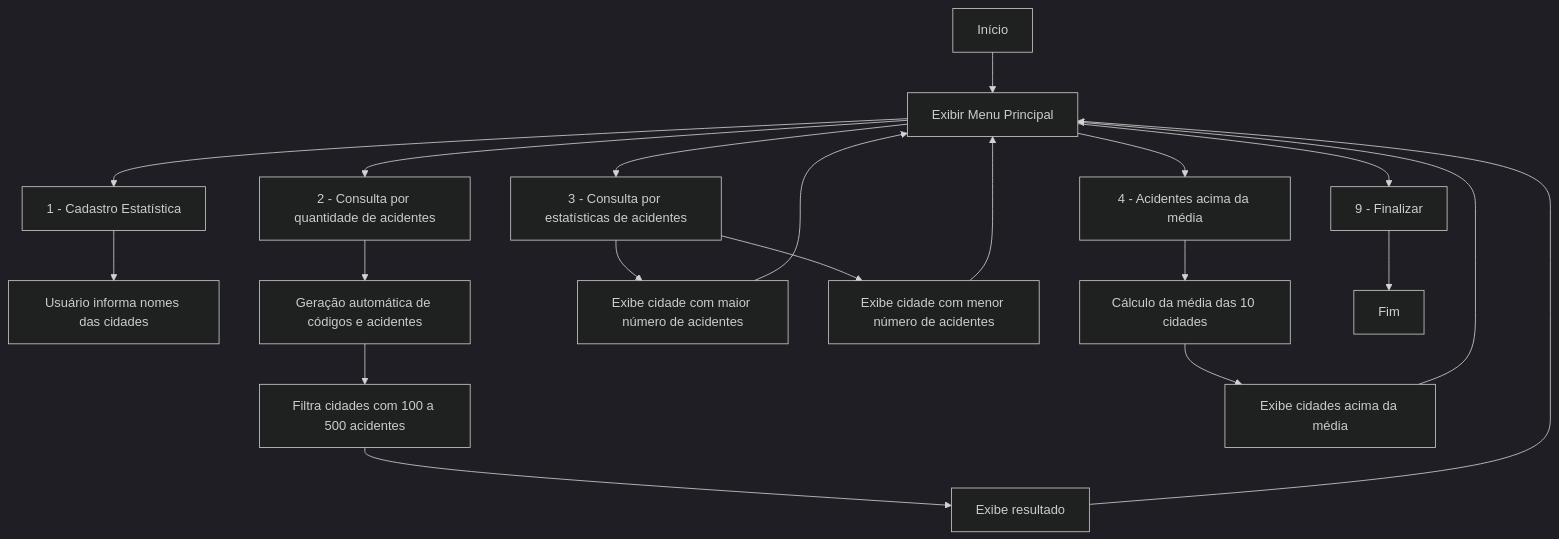
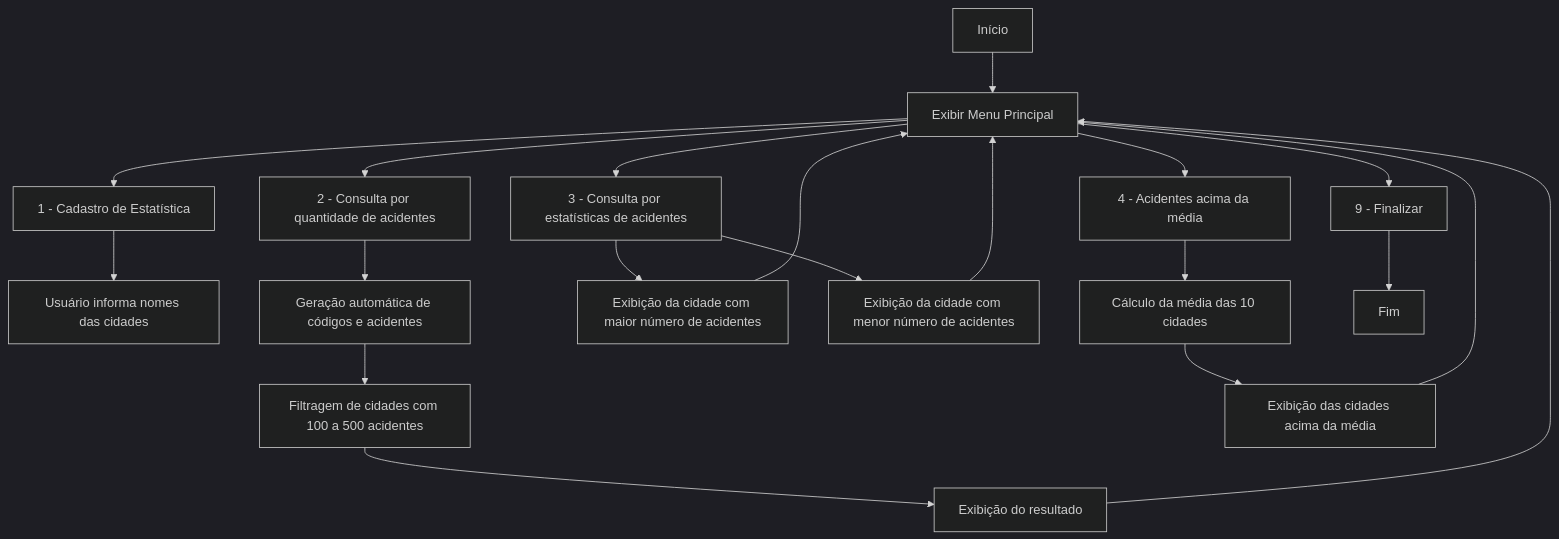
The diagram in README.md (emyrhf/Sistema-de-Transito), drawn with Mermaid (dark theme) before and after one commit. The commit also changed other lines of this file, not shown here.

````diff
--- a/README.md
+++ b/README.md
@@ -75,29 +52,29 @@
 ```mermaid
 flowchart TD
 A[Início] --> B[Exibir Menu Principal]
 
-B --> C1[1 - Cadastro Estatística]
+B --> C1[1 - Cadastro de Estatística]
 B --> C2[2 - Consulta por quantidade de acidentes]
 B --> C3[3 - Consulta por estatísticas de acidentes]
 B --> C4[4 - Acidentes acima da média]
 B --> F[9 - Finalizar]
 
 C1 --> D1[Usuário informa nomes das cidades]
 
 C2 --> D2[Geração automática de códigos e acidentes]
-D2 --> D3[Filtra cidades com 100 a 500 acidentes]
-D3 --> R[Exibe resultado]
+D2 --> D3[Filtragem de cidades com 100 a 500 acidentes]
+D3 --> R[Exibição do resultado]
 
-C3 --> E1[Exibe cidade com maior número de acidentes]
-C3 --> E2[Exibe cidade com menor número de acidentes]
+C3 --> E1[Exibição da cidade com maior número de acidentes]
+C3 --> E2[Exibição da cidade com menor número de acidentes]
 
 C4 --> F1[Cálculo da média das 10 cidades]
-F1 --> F2[Exibe cidades acima da média]
+F1 --> F2[Exibição das cidades acima da média]
 
 R --> B
 E1 --> B
 E2 --> B
 F2 --> B
 
 F --> Z[Fim]
 ```
````
